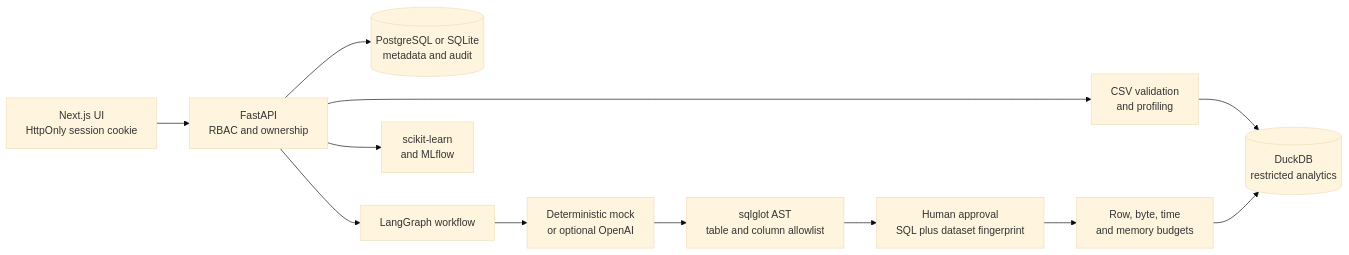
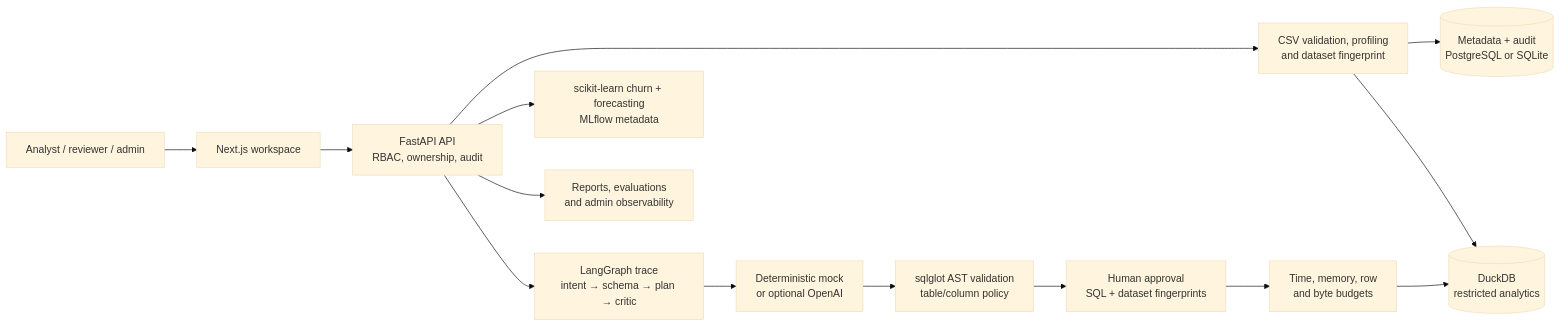
One commit to KarthikRamesh9149/enterprise-ai-data-analyst-copilot changed the diagram in README.md. Above: the diagram before and after it, drawn with Mermaid (base theme). The commit also changed other lines of this file, not shown here.

Commit message:
docs: frame analytics copilot as product case study

````diff
--- a/README.md
+++ b/README.md
@@ -18,14 +41,16 @@
 ```mermaid
 flowchart LR
-  UI["Next.js UI\nHttpOnly session cookie"] --> API["FastAPI\nRBAC and ownership"]
-  API --> META[("PostgreSQL or SQLite\nmetadata and audit")]
-  API --> PROFILE["CSV validation\nand profiling"]
-  PROFILE --> DUCK[("DuckDB\nrestricted analytics")]
-  API --> AGENT["LangGraph workflow"]
-  AGENT --> PROVIDER["Deterministic mock\nor optional OpenAI"]
-  PROVIDER --> AST["sqlglot AST\ntable and column allowlist"]
-  AST --> APPROVAL["Human approval\nSQL plus dataset fingerprint"]
-  APPROVAL --> BUDGET["Row, byte, time\nand memory budgets"]
-  BUDGET --> DUCK
-  API --> ML["scikit-learn\nand MLflow"]
+  U[Analyst / reviewer / admin] --> W[Next.js workspace]
+  W --> API[FastAPI API\nRBAC, ownership, audit]
+  API --> D[CSV validation, profiling\nand dataset fingerprint]
+  D --> M[(Metadata + audit\nPostgreSQL or SQLite)]
+  D --> DB[(DuckDB\nrestricted analytics)]
+  API --> AG[LangGraph trace\nintent → schema → plan → critic]
+  AG --> PR[Deterministic mock\nor optional OpenAI]
+  PR --> V[sqlglot AST validation\ntable/column policy]
+  V --> AP[Human approval\nSQL + dataset fingerprints]
+  AP --> B[Time, memory, row\nand byte budgets]
+  B --> DB
+  API --> ML[scikit-learn churn + forecasting\nMLflow metadata]
+  API --> R[Reports, evaluations\nand admin observability]
 ```
````
